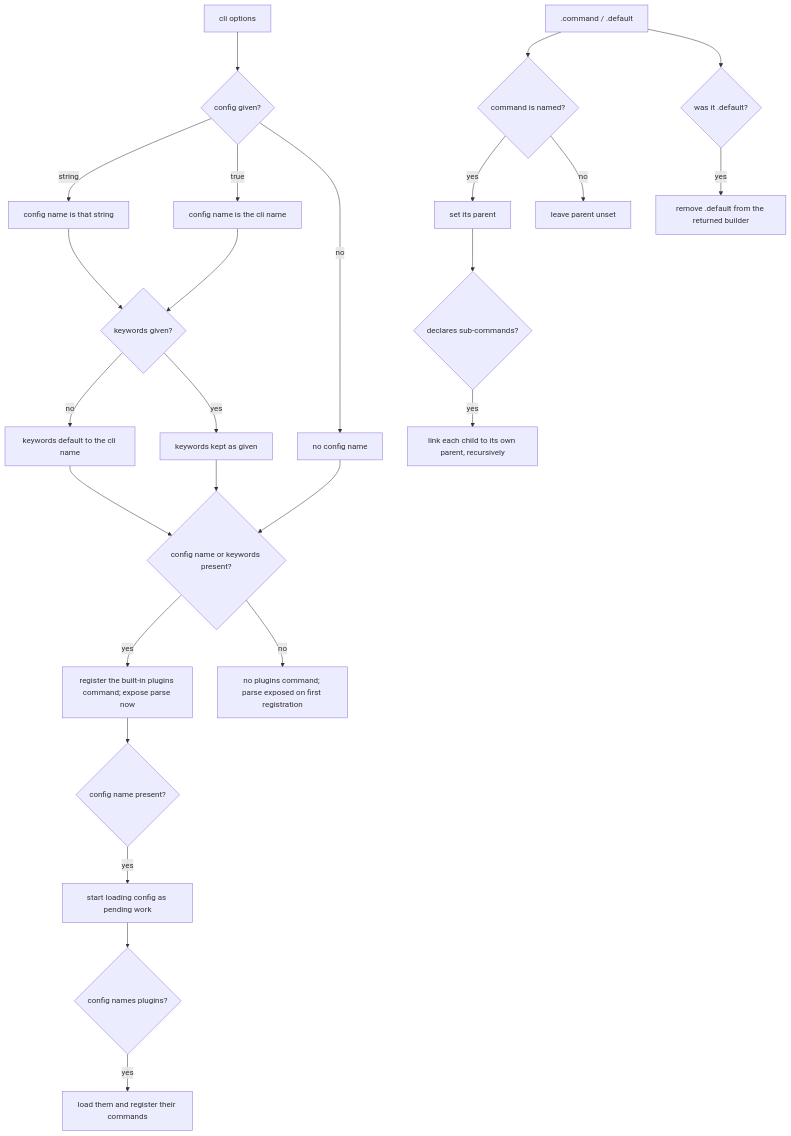
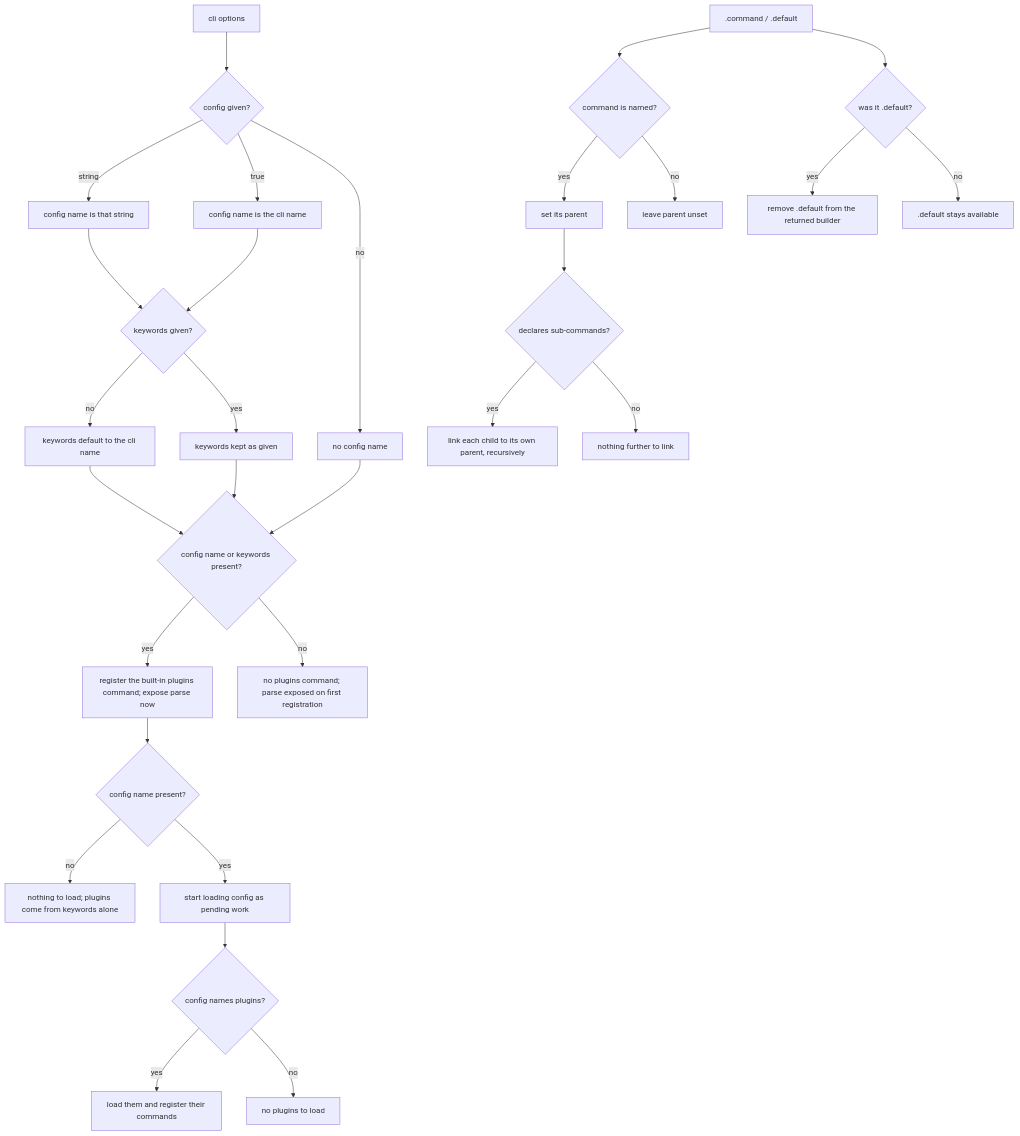
One commit to clibuilder/clibuilder changed the first of 5 diagrams in packages/clibuilder/.agents/spec/execution/README.md. Above: the diagram before and after it, drawn with Mermaid. The commit also changed other lines of this file and 1 other file, not shown here.

First line of the commit message:
docs(clibuilder): draw execution's UC4 and UC5, and complete the assembly graph

````diff
--- a/packages/clibuilder/.agents/spec/execution/README.md
+++ b/packages/clibuilder/.agents/spec/execution/README.md
@@ -181,26 +181,30 @@
 ```mermaid
 graph TD
   O[cli options] --> CN{config given?}
   CN -- "string" --> CS[config name is that string]
   CN -- "true" --> CT[config name is the cli name]
   CN -- no --> CU[no config name]
   CS --> KW{keywords given?}
   CT --> KW
   KW -- no --> KD[keywords default to the cli name]
   KW -- yes --> KK[keywords kept as given]
   KD --> PL{config name or keywords present?}
   KK --> PL
   CU --> PL
   PL -- yes --> PC[register the built-in plugins command; expose parse now]
   PL -- no --> PN[no plugins command; parse exposed on first registration]
   PC --> LC{config name present?}
+  LC -- no --> NOLOAD[nothing to load; plugins come from keywords alone]
   LC -- yes --> LOAD[start loading config as pending work] --> HASP{config names plugins?}
   HASP -- yes --> LP[load them and register their commands]
+  HASP -- no --> NOP2[no plugins to load]
   REG[".command / .default"] --> ADJ{command is named?}
   ADJ -- yes --> PAR[set its parent]
   ADJ -- no --> NOP[leave parent unset]
   PAR --> NEST{declares sub-commands?}
   NEST -- yes --> RECUR[link each child to its own parent, recursively]
+  NEST -- no --> DONE[nothing further to link]
   REG --> DEF{"was it .default?"}
   DEF -- yes --> ONCE[remove .default from the returned builder]
+  DEF -- no --> KEEP[".default stays available"]
 ```
````
